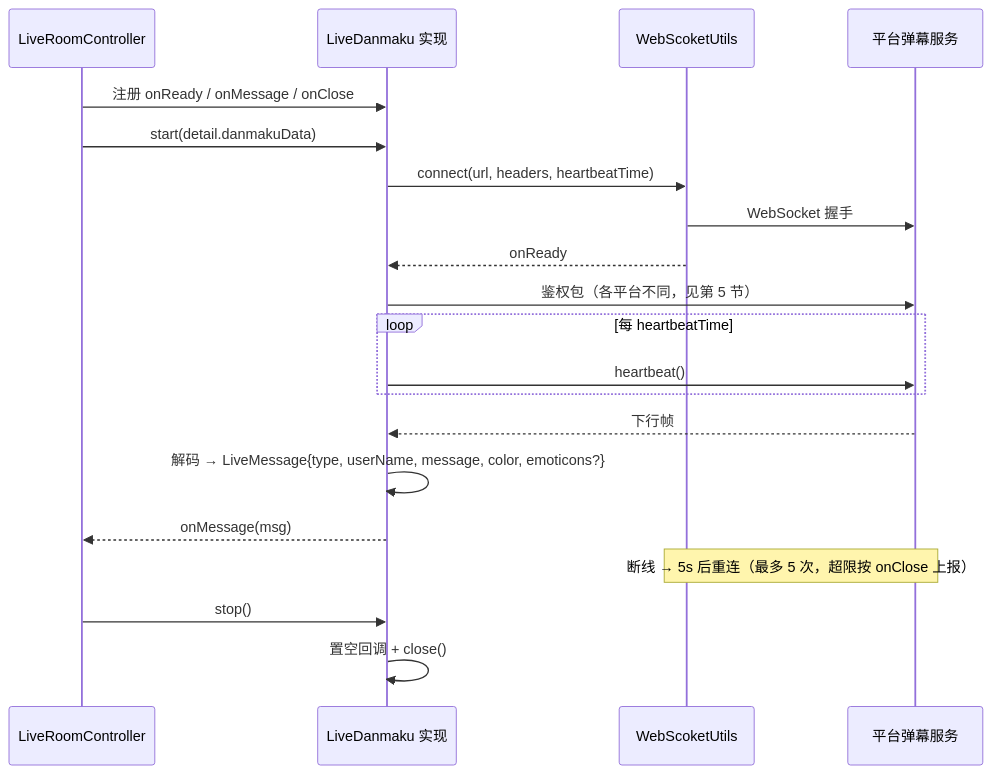
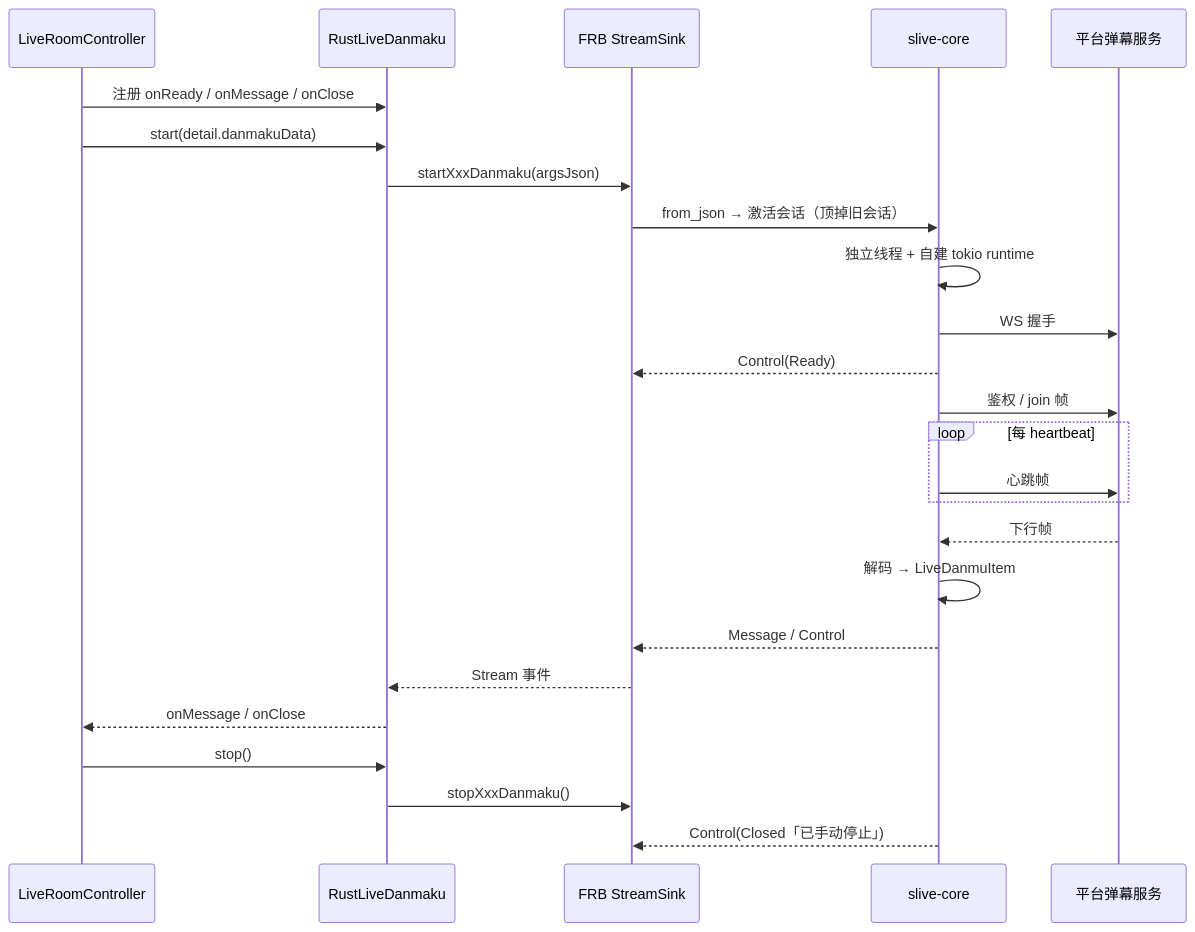
Before and after one commit to gaoxing64/dart_simple_live: the third of 12 diagrams in simple_live_core/doc/workflow-diagram.md, drawn with Mermaid. The commit also changed other lines of this file and 8 other files, not shown here.

First line of the commit message:
docs(core): 知识库五件套同步至 Rust 架构

````diff
--- a/simple_live_core/doc/workflow-diagram.md
+++ b/simple_live_core/doc/workflow-diagram.md
@@ -95,23 +93,28 @@
 ```mermaid
 sequenceDiagram
     participant C as LiveRoomController
-    participant D as LiveDanmaku 实现
-    participant W as WebScoketUtils
+    participant B as RustLiveDanmaku
+    participant F as FRB StreamSink
+    participant S as slive-core
     participant P as 平台弹幕服务
 
-    C->>D: 注册 onReady / onMessage / onClose
-    C->>D: start(detail.danmakuData)
-    D->>W: connect(url, headers, heartbeatTime)
-    W->>P: WebSocket 握手
-    W-->>D: onReady
-    D->>P: 鉴权包（各平台不同，见第 5 节）
-    loop 每 heartbeatTime
-        D->>P: heartbeat()
+    C->>B: 注册 onReady / onMessage / onClose
+    C->>B: start(detail.danmakuData)
+    B->>F: startXxxDanmaku(argsJson)
+    F->>S: from_json → 激活会话（顶掉旧会话）
+    S->>S: 独立线程 + 自建 tokio runtime
+    S->>P: WS 握手
+    S-->>F: Control(Ready)
+    S->>P: 鉴权 / join 帧
+    loop 每 heartbeat
+        S->>P: 心跳帧
     end
-    P-->>D: 下行帧
-    D->>D: 解码 → LiveMessage{type, userName, message, color, emoticons?}
-    D-->>C: onMessage(msg)
-    Note over W,P: 断线 → 5s 后重连（最多 5 次，超限按 onClose 上报）
-    C->>D: stop()
-    D->>D: 置空回调 + close()
+    P-->>S: 下行帧
+    S->>S: 解码 → LiveDanmuItem
+    S-->>F: Message / Control
+    F-->>B: Stream 事件
+    B-->>C: onMessage / onClose
+    C->>B: stop()
+    B->>F: stopXxxDanmaku()
+    S-->>F: Control(Closed「已手动停止」)
 ```
````
